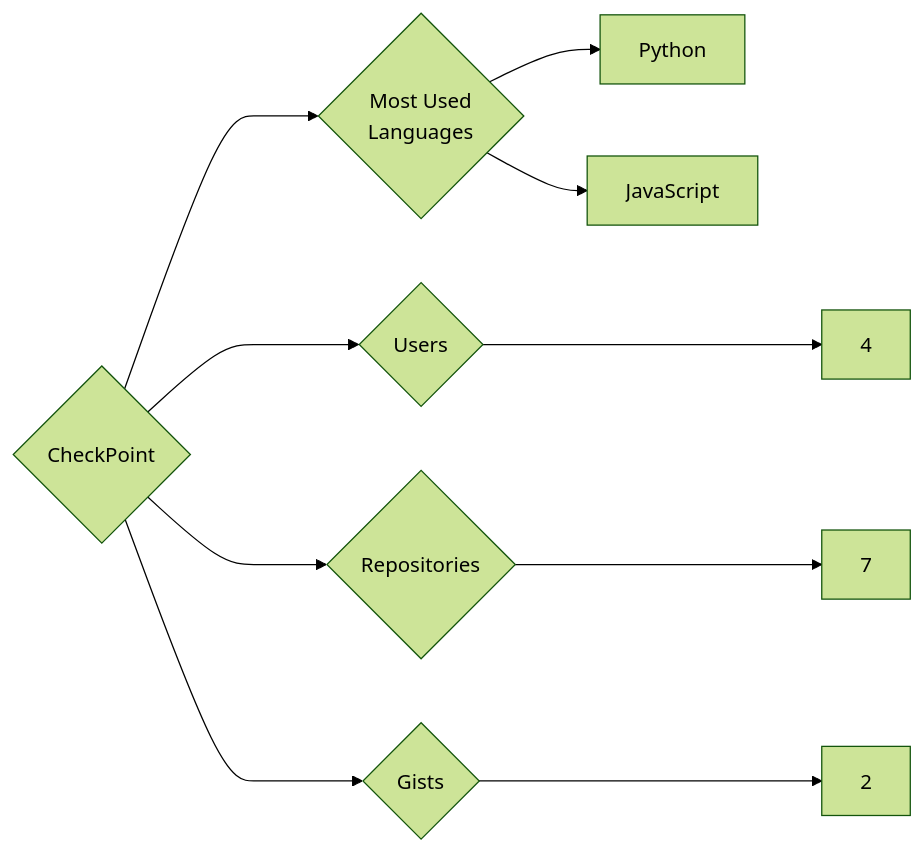
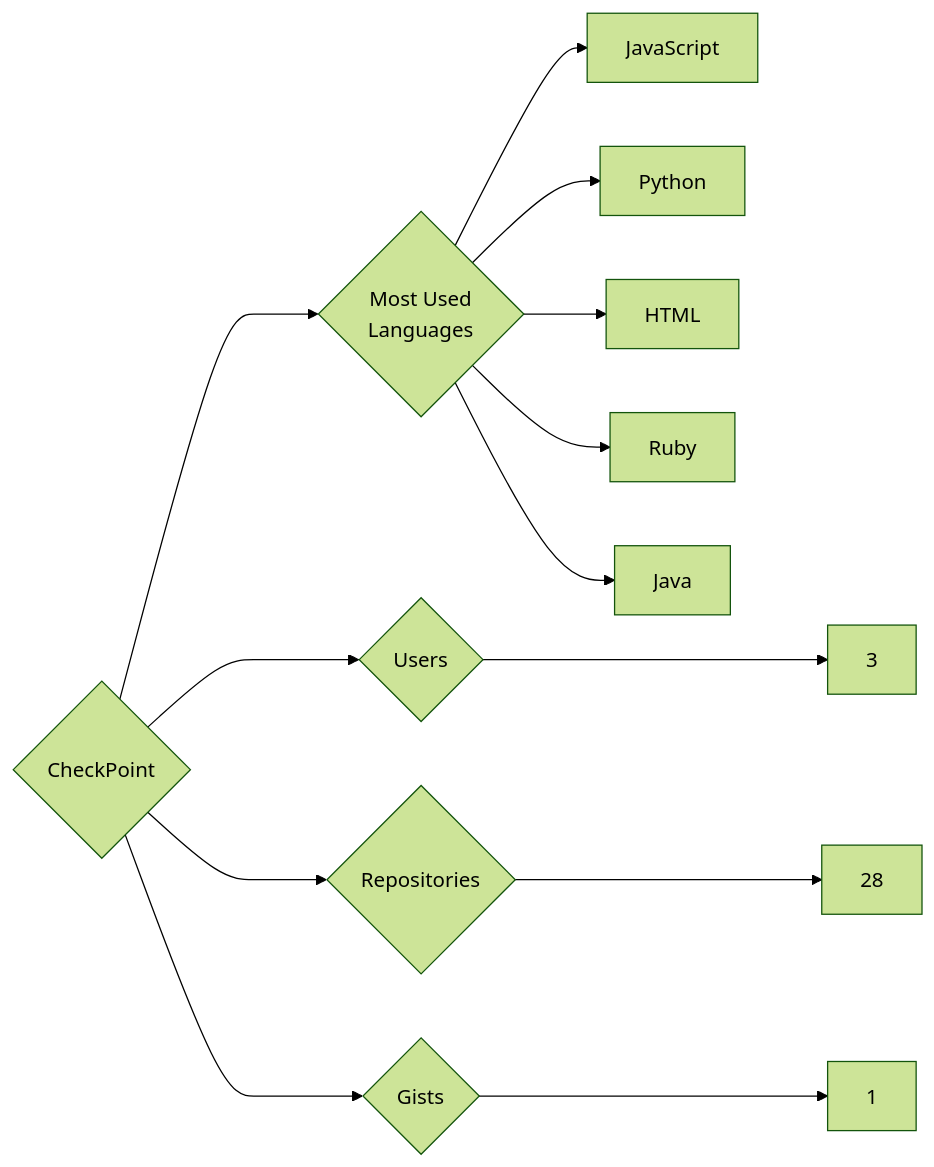
The diagram in targets/CheckPoint/README.md (trickest/insiders), drawn with Mermaid (forest theme) before and after one commit. The commit also changed 900 other files, not shown here.

````diff
--- a/targets/CheckPoint/README.md
+++ b/targets/CheckPoint/README.md
@@ -3,10 +3,13 @@
 ```mermaid
 graph LR
 COMPANY_NAME{CheckPoint}
-COMPANY_NAME ---> U{Users} ---> UN[4]
-COMPANY_NAME ---> R{Repositories} ---> RN[7]
-COMPANY_NAME ---> G{Gists} ---> GN[2]
+COMPANY_NAME ---> U{Users} ---> UN[3]
+COMPANY_NAME ---> R{Repositories} ---> RN[28]
+COMPANY_NAME ---> G{Gists} ---> GN[1]
 COMPANY_NAME ---> ML{Most Used<br>Languages}
+ML --> JavaScript[JavaScript]
 ML --> Python[Python]
-ML --> JavaScript[JavaScript]
+ML --> HTML[HTML]
+ML --> Ruby[Ruby]
+ML --> Java[Java]
 ```
````
